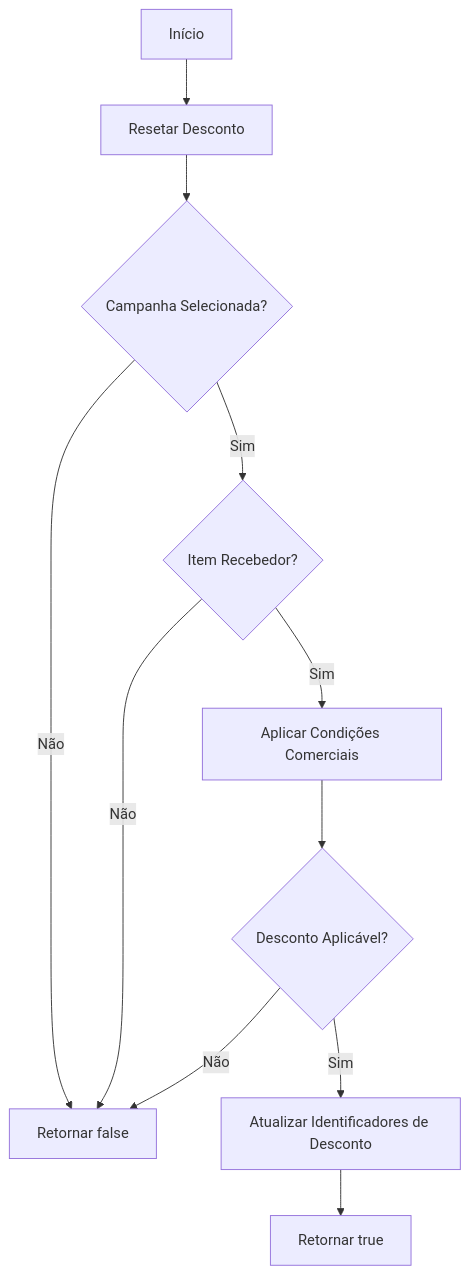
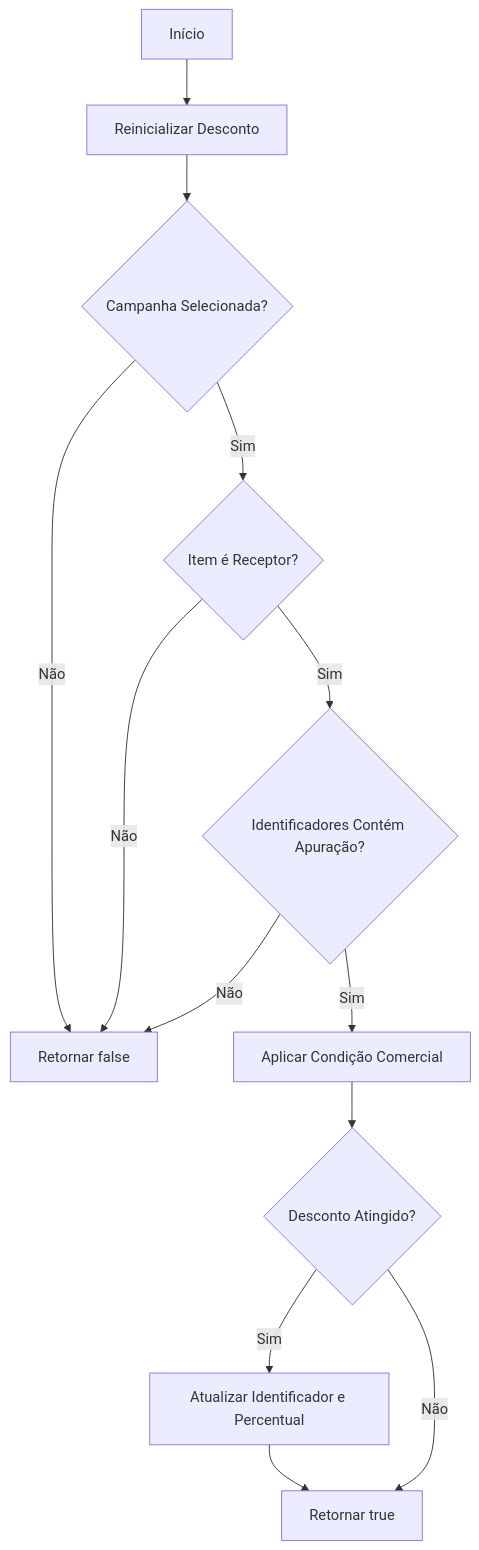
Before and after one commit to IsthmusSistemas/documentacao-tecnica: the second of 3 diagrams in docs/b2b-dominio/IsthmusWinthor.Nucleo/IsthmusWinthor.Dominio/POCO/Carrinho/IsthmusIndustriaItemCarrinho.md, drawn with Mermaid. The commit also changed other lines of this file and 882 other files, not shown here.

````diff
--- a/docs/b2b-dominio/IsthmusWinthor.Nucleo/IsthmusWinthor.Dominio/POCO/Carrinho/IsthmusIndustriaItemCarrinho.md
+++ b/docs/b2b-dominio/IsthmusWinthor.Nucleo/IsthmusWinthor.Dominio/POCO/Carrinho/IsthmusIndustriaItemCarrinho.md
@@ -51,13 +52,15 @@
 ```mermaid
 flowchart TD
-    A[Início] --> B[Resetar Desconto]
+    A[Início] --> B[Reinicializar Desconto]
     B --> C{Campanha Selecionada?}
     C -- Não --> D[Retornar false]
-    C -- Sim --> E{Item Recebedor?}
+    C -- Sim --> E{Item é Receptor?}
     E -- Não --> D
-    E -- Sim --> F[Aplicar Condições Comerciais]
-    F --> G{Desconto Aplicável?}
-    G -- Sim --> H[Atualizar Identificadores de Desconto]
-    G -- Não --> D
-    H --> I[Retornar true]
+    E -- Sim --> F{Identificadores Contém Apuração?}
+    F -- Não --> D
+    F -- Sim --> G[Aplicar Condição Comercial]
+    G --> H{Desconto Atingido?}
+    H -- Sim --> I[Atualizar Identificador e Percentual]
+    I --> J[Retornar true]
+    H -- Não --> J
 ```
````
